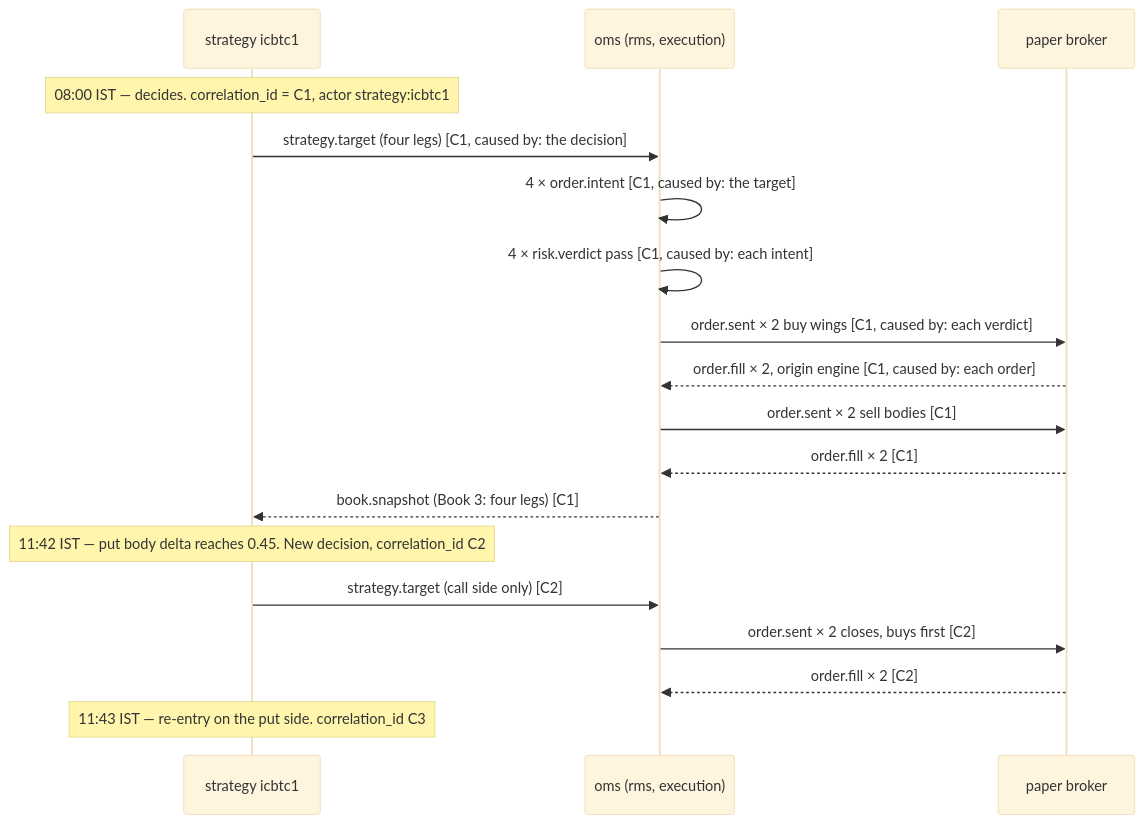
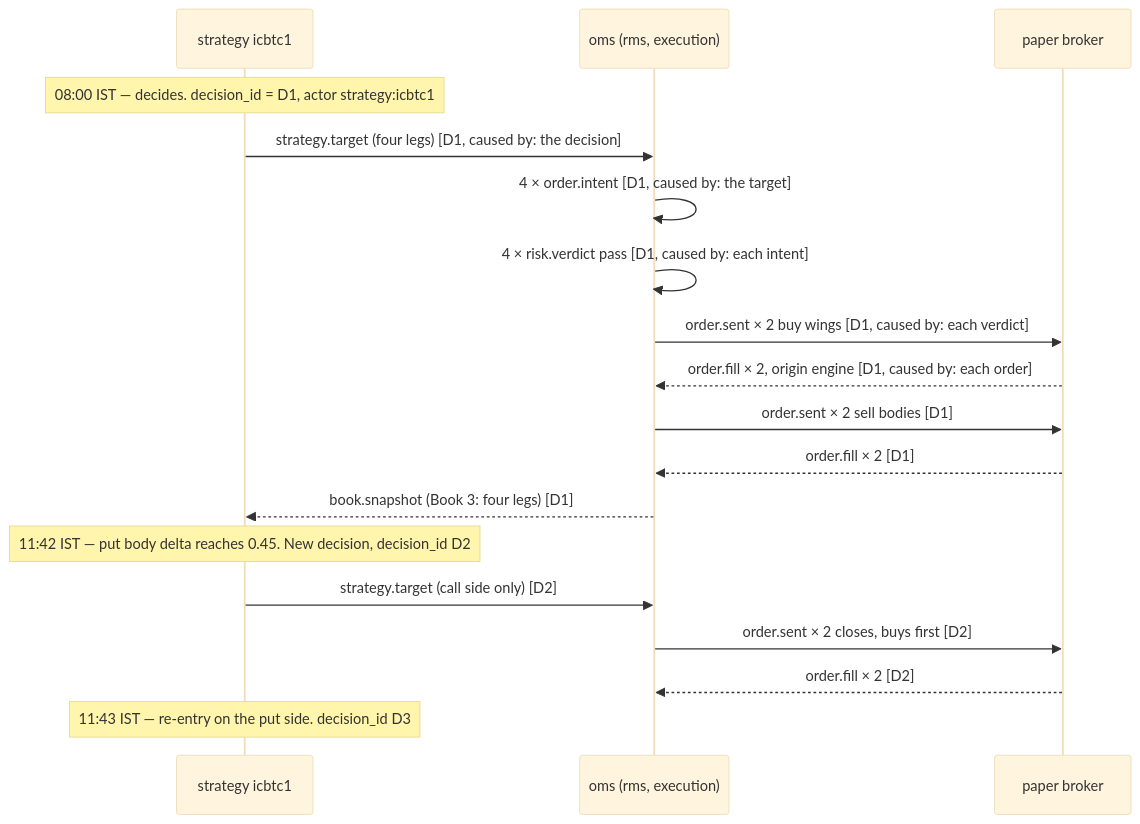
Before and after one commit to lalitkarthik/delta-exchange-payoff: the diagram in docs/design/execution/events-and-tracing.md, drawn with Mermaid (base theme). The commit also changed other lines of this file and 10 other files, not shown here.

First line of the commit message:
The execution half revised after review: pooled diffing, working orders in the engine, Book 3's tag problem

````diff
--- a/docs/design/execution/events-and-tracing.md
+++ b/docs/design/execution/events-and-tracing.md
@@ -78,20 +94,20 @@
 ```mermaid
 sequenceDiagram
   participant S as strategy icbtc1
   participant O as oms (rms, execution)
   participant P as paper broker
-  Note over S: 08:00 IST — decides. correlation_id = C1, actor strategy:icbtc1
-  S->>O: strategy.target (four legs) [C1, caused by: the decision]
-  O->>O: 4 × order.intent [C1, caused by: the target]
-  O->>O: 4 × risk.verdict pass [C1, caused by: each intent]
-  O->>P: order.sent × 2 buy wings [C1, caused by: each verdict]
-  P-->>O: order.fill × 2, origin engine [C1, caused by: each order]
-  O->>P: order.sent × 2 sell bodies [C1]
-  P-->>O: order.fill × 2 [C1]
-  O-->>S: book.snapshot (Book 3: four legs) [C1]
-  Note over S: 11:42 IST — put body delta reaches 0.45. New decision, correlation_id C2
-  S->>O: strategy.target (call side only) [C2]
-  O->>P: order.sent × 2 closes, buys first [C2]
-  P-->>O: order.fill × 2 [C2]
-  Note over S: 11:43 IST — re-entry on the put side. correlation_id C3
+  Note over S: 08:00 IST — decides. decision_id = D1, actor strategy:icbtc1
+  S->>O: strategy.target (four legs) [D1, caused by: the decision]
+  O->>O: 4 × order.intent [D1, caused by: the target]
+  O->>O: 4 × risk.verdict pass [D1, caused by: each intent]
+  O->>P: order.sent × 2 buy wings [D1, caused by: each verdict]
+  P-->>O: order.fill × 2, origin engine [D1, caused by: each order]
+  O->>P: order.sent × 2 sell bodies [D1]
+  P-->>O: order.fill × 2 [D1]
+  O-->>S: book.snapshot (Book 3: four legs) [D1]
+  Note over S: 11:42 IST — put body delta reaches 0.45. New decision, decision_id D2
+  S->>O: strategy.target (call side only) [D2]
+  O->>P: order.sent × 2 closes, buys first [D2]
+  P-->>O: order.fill × 2 [D2]
+  Note over S: 11:43 IST — re-entry on the put side. decision_id D3
 ```
````
